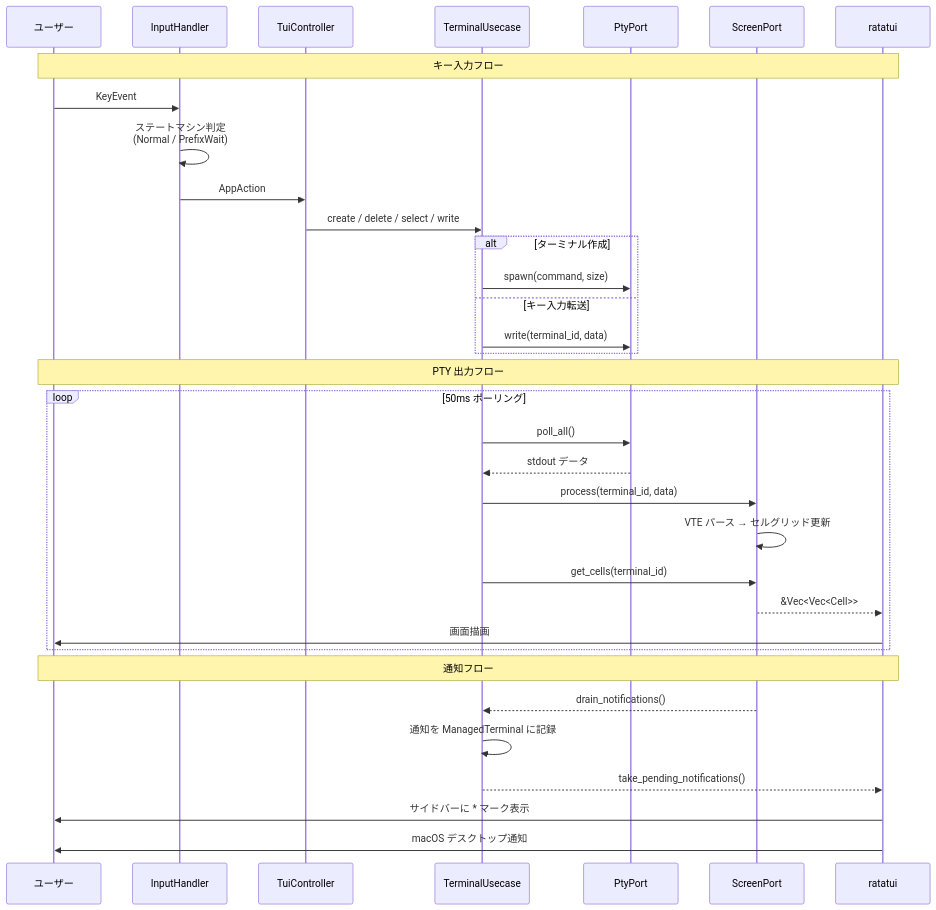
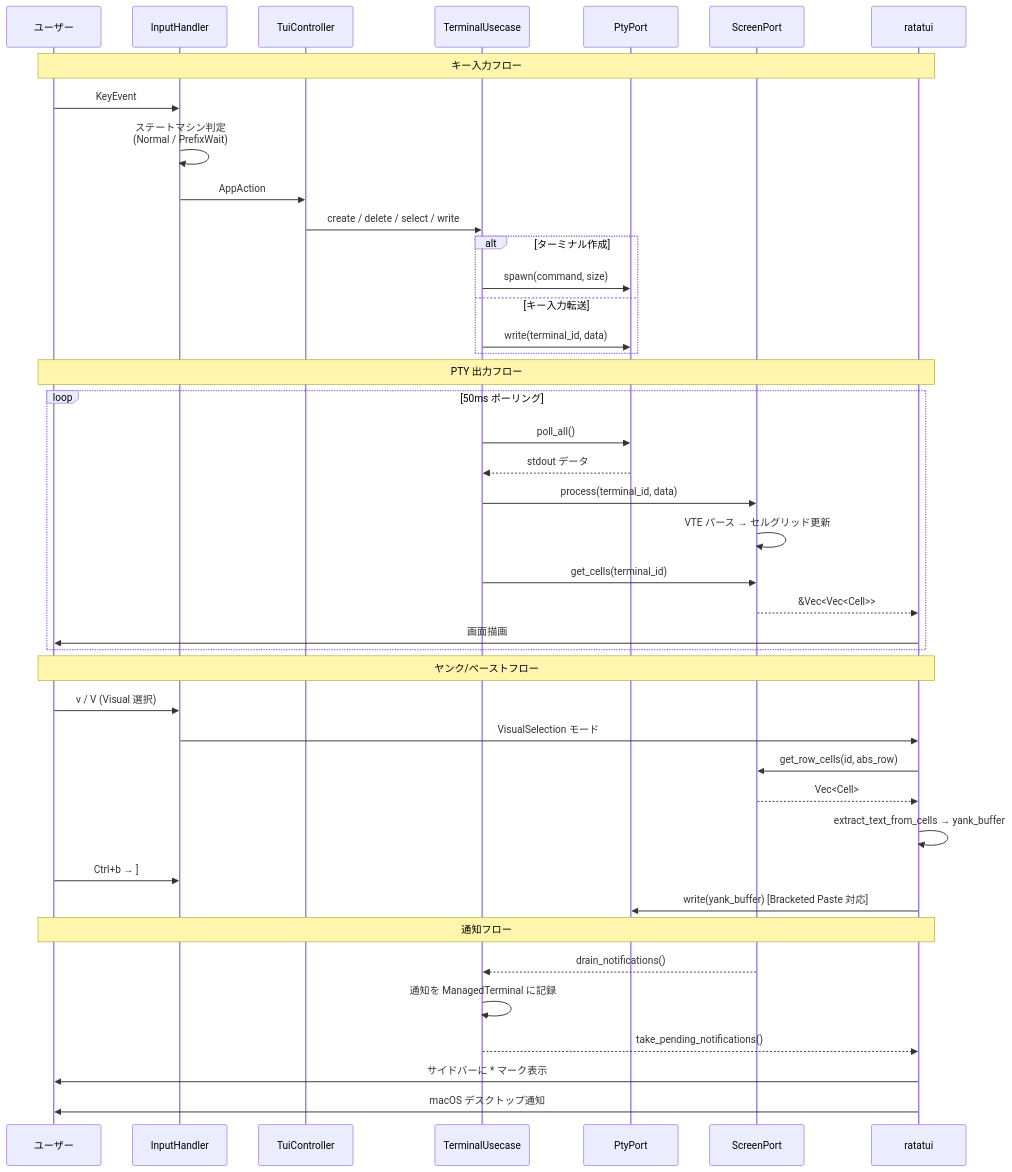
The fifth of 6 diagrams in README.md (Kobayashi-takumi/cli-manager), drawn with Mermaid before and after one commit. The commit also changed other lines of this file and 10 other files, not shown here.

First line of the commit message:
Add yank buffer with Visual selection and cross-terminal paste (Phase 17)

````diff
--- a/README.md
+++ b/README.md
@@ -405,40 +446,49 @@
 ```mermaid
 sequenceDiagram
     participant User as ユーザー
     participant Input as InputHandler
     participant Ctrl as TuiController
     participant UC as TerminalUsecase
     participant PTY as PtyPort
     participant Screen as ScreenPort
     participant TUI as ratatui
 
     Note over User,TUI: キー入力フロー
     User->>Input: KeyEvent
     Input->>Input: ステートマシン判定<br/>(Normal / PrefixWait)
     Input->>Ctrl: AppAction
     Ctrl->>UC: create / delete / select / write
 
     alt ターミナル作成
         UC->>PTY: spawn(command, size)
     else キー入力転送
         UC->>PTY: write(terminal_id, data)
     end
 
     Note over User,TUI: PTY 出力フロー
     loop 50ms ポーリング
         UC->>PTY: poll_all()
         PTY-->>UC: stdout データ
         UC->>Screen: process(terminal_id, data)
         Screen->>Screen: VTE パース → セルグリッド更新
         UC->>Screen: get_cells(terminal_id)
         Screen-->>TUI: &Vec<Vec<Cell>>
         TUI->>User: 画面描画
     end
 
+    Note over User,TUI: ヤンク/ペーストフロー
+    User->>Input: v / V (Visual 選択)
+    Input->>TUI: VisualSelection モード
+    TUI->>Screen: get_row_cells(id, abs_row)
+    Screen-->>TUI: Vec<Cell>
+    TUI->>TUI: extract_text_from_cells → yank_buffer
+    User->>Input: Ctrl+b → ]
+    TUI->>PTY: write(yank_buffer) [Bracketed Paste 対応]
+
     Note over User,TUI: 通知フロー
     Screen-->>UC: drain_notifications()
     UC->>UC: 通知を ManagedTerminal に記録
     UC-->>TUI: take_pending_notifications()
     TUI->>User: サイドバーに * マーク表示
     TUI->>User: macOS デスクトップ通知
 ```
````
